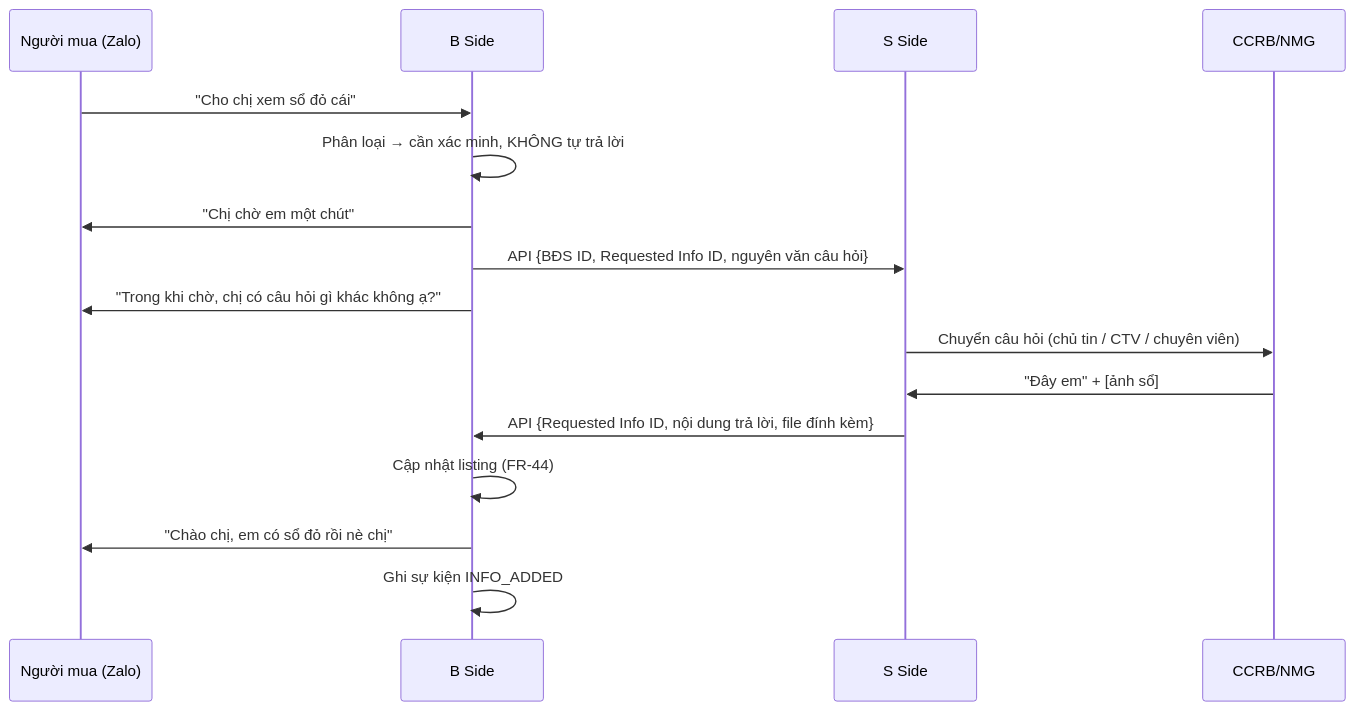
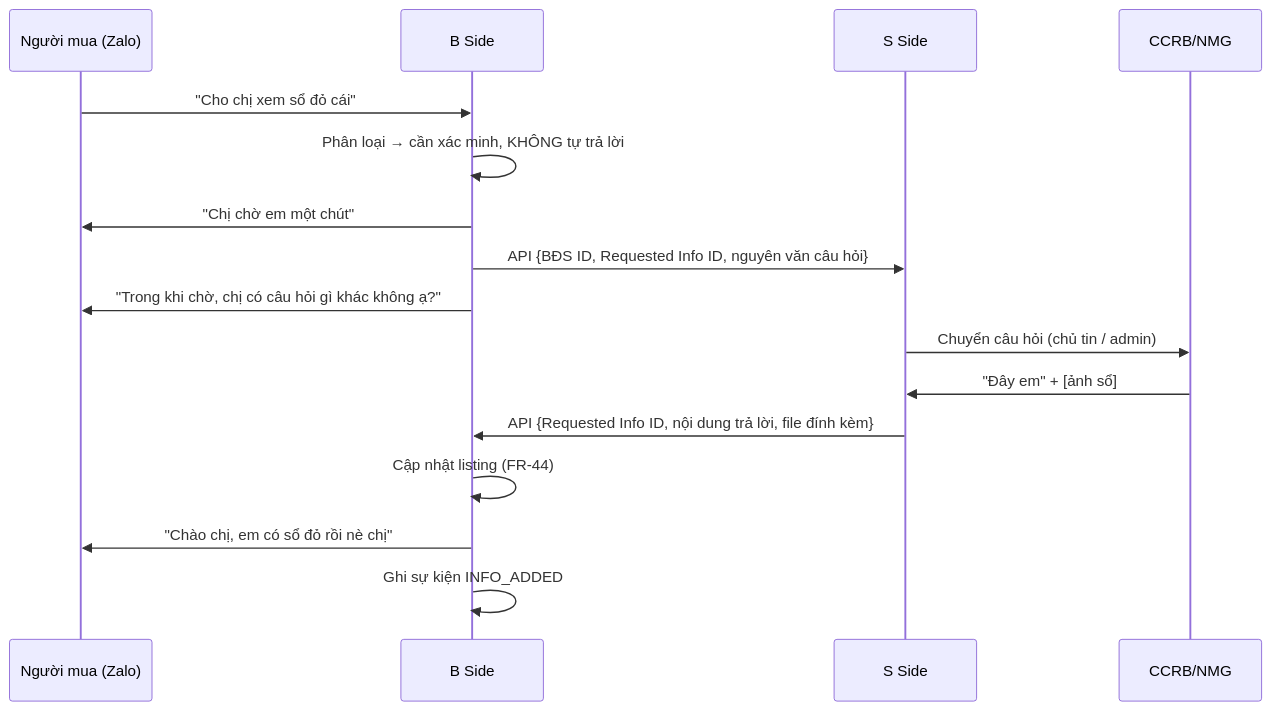
One commit to quang507/AOND changed the fourth of 8 diagrams in docs/03-user-flows.md. Above: the diagram before and after it, drawn with Mermaid. The commit also changed other lines of this file and 18 other files, not shown here.

````diff
--- a/docs/03-user-flows.md
+++ b/docs/03-user-flows.md
@@ -122,18 +128,18 @@
 ```mermaid
 sequenceDiagram
     participant B as Người mua (Zalo)
     participant BS as B Side
     participant SS as S Side
     participant S as CCRB/NMG
     B->>BS: "Cho chị xem sổ đỏ cái"
     BS->>BS: Phân loại → cần xác minh, KHÔNG tự trả lời
     BS->>B: "Chị chờ em một chút"
     BS->>SS: API {BĐS ID, Requested Info ID, nguyên văn câu hỏi}
     BS->>B: "Trong khi chờ, chị có câu hỏi gì khác không ạ?"
-    SS->>S: Chuyển câu hỏi (chủ tin / CTV / chuyên viên)
+    SS->>S: Chuyển câu hỏi (chủ tin / admin)
     S->>SS: "Đây em" + [ảnh sổ]
     SS->>BS: API {Requested Info ID, nội dung trả lời, file đính kèm}
     BS->>BS: Cập nhật listing (FR-44)
     BS->>B: "Chào chị, em có sổ đỏ rồi nè chị"
     BS->>BS: Ghi sự kiện INFO_ADDED
 ```
````
